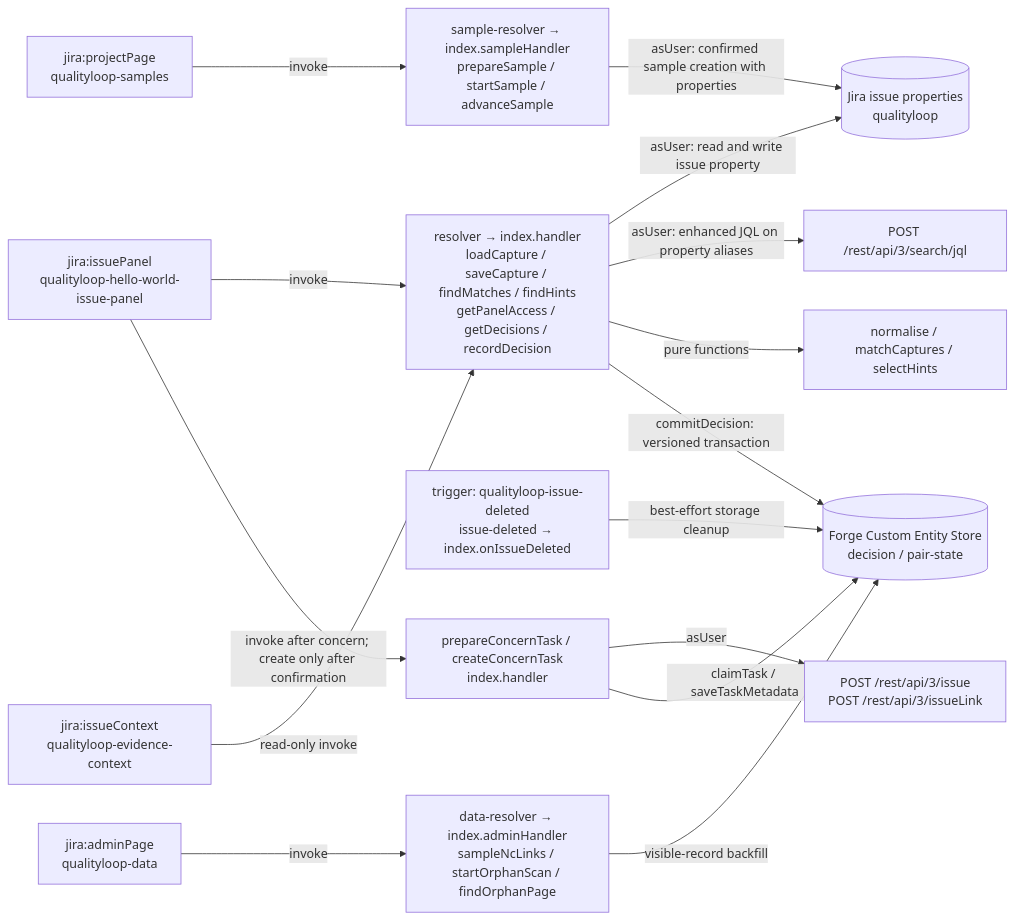
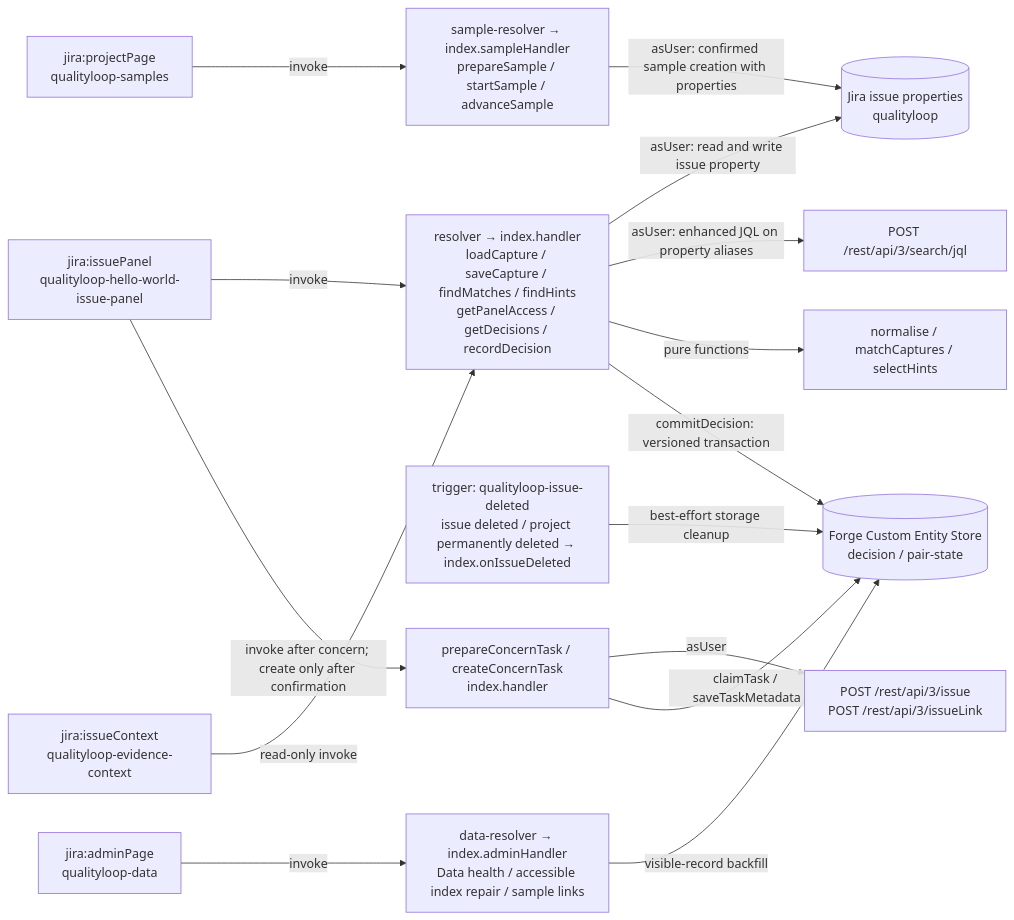
Before and after one commit to dhruvinhet/Quality-Loop: the diagram in README.md, drawn with Mermaid. The commit also changed other lines of this file and 28 other files, not shown here.

Commit message:
T21-T22: cross-query reclassification, opaque create-time task marker, project deletion cleanup, Data health check

````diff
--- a/README.md
+++ b/README.md
@@ -43,17 +43,17 @@
 ```mermaid
 flowchart LR
   P["jira:issuePanel<br/>qualityloop-hello-world-issue-panel"] -->|invoke| R["resolver → index.handler<br/>loadCapture / saveCapture / findMatches / findHints<br/>getPanelAccess / getDecisions / recordDecision"]
   C["jira:issueContext<br/>qualityloop-evidence-context"] -->|read-only invoke| R
   R -->|asUser: read and write issue property| J[(Jira issue properties<br/>qualityloop)]
   R -->|asUser: enhanced JQL on property aliases| S["POST /rest/api/3/search/jql"]
   R -->|pure functions| L["normalise / matchCaptures / selectHints"]
   R -->|commitDecision: versioned transaction| K[("Forge Custom Entity Store<br/>decision / pair-state")]
   P -->|invoke after concern; create only after confirmation| T["prepareConcernTask / createConcernTask<br/>index.handler"]
   T -->|asUser| F["POST /rest/api/3/issue<br/>POST /rest/api/3/issueLink"]
   T -->|claimTask / saveTaskMetadata| K
-  D["trigger: qualityloop-issue-deleted<br/>issue-deleted → index.onIssueDeleted"] -->|best-effort storage cleanup| K
+  D["trigger: qualityloop-issue-deleted<br/>issue deleted / project permanently deleted → index.onIssueDeleted"] -->|best-effort storage cleanup| K
   A["jira:projectPage<br/>qualityloop-samples"] -->|invoke| B["sample-resolver → index.sampleHandler<br/>prepareSample / startSample / advanceSample"]
   B -->|asUser: confirmed sample creation with properties| J
-  AP["jira:adminPage<br/>qualityloop-data"] -->|invoke| AR["data-resolver → index.adminHandler<br/>sampleNcLinks / startOrphanScan / findOrphanPage"]
+  AP["jira:adminPage<br/>qualityloop-data"] -->|invoke| AR["data-resolver → index.adminHandler<br/>Data health / accessible index repair / sample links"]
   AR -->|visible-record backfill| K
 ```
````
